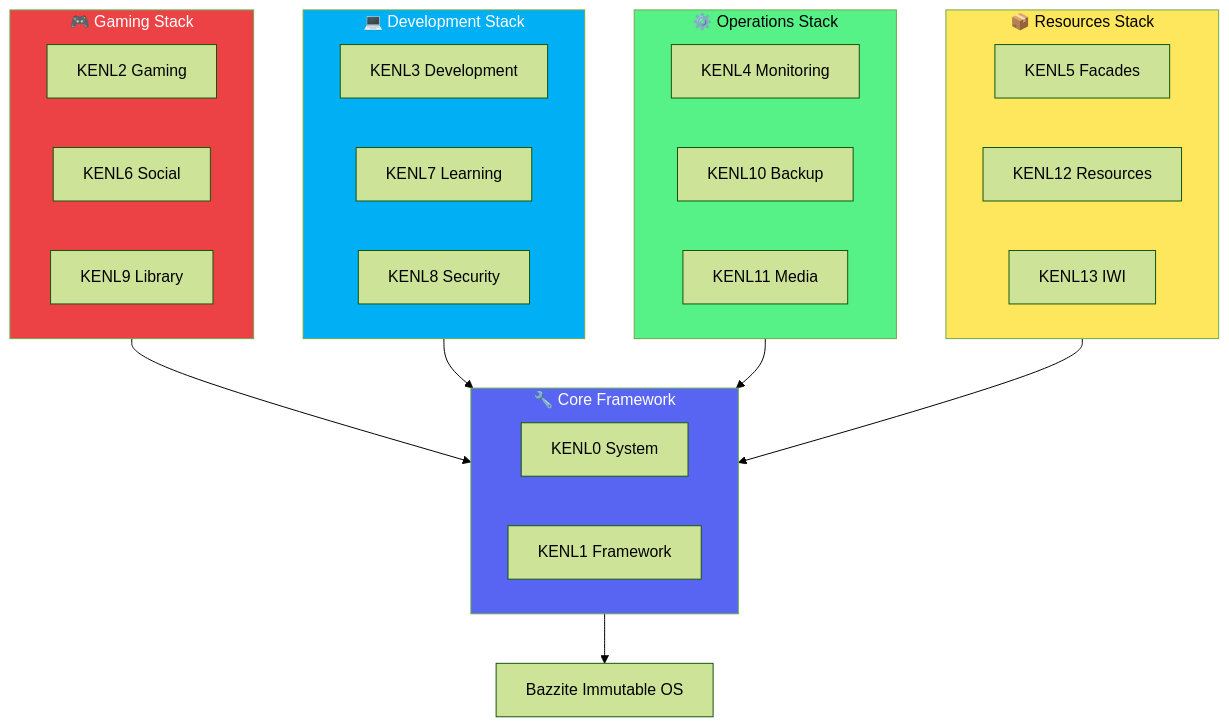
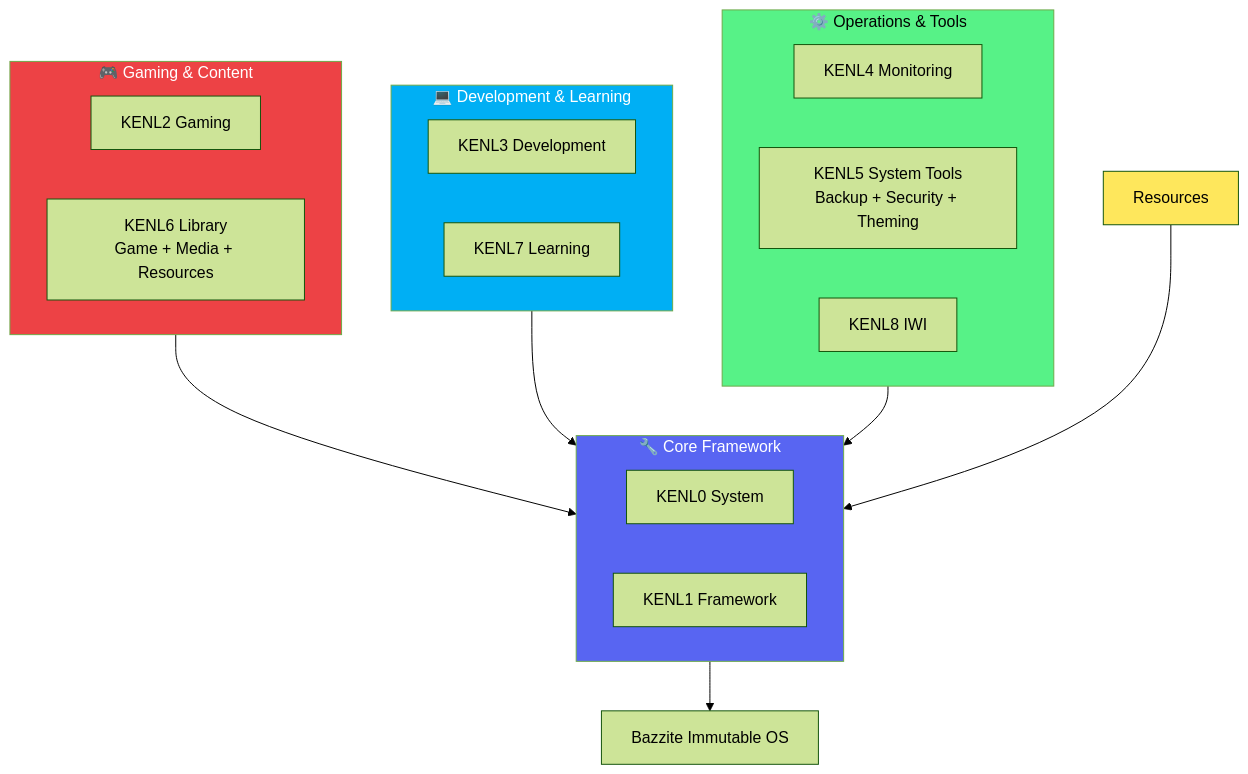
The second of 3 diagrams in README.md (toolate28/kenl), drawn with Mermaid (forest theme) before and after one commit. The commit also changed other lines of this file and 1 other file, not shown here.

````diff
--- a/README.md
+++ b/README.md
@@ -169,44 +173,36 @@
 ```mermaid
 graph TB
-    subgraph Gaming["🎮 Gaming Stack"]
+    subgraph Gaming["🎮 Gaming & Content"]
         KENL2[KENL2 Gaming]
-        KENL6[KENL6 Social]
-        KENL9[KENL9 Library]
+        KENL6[KENL6 Library<br/>Game + Media + Resources]
     end
 
-    subgraph Development["💻 Development Stack"]
+    subgraph Development["💻 Development & Learning"]
         KENL3[KENL3 Development]
         KENL7[KENL7 Learning]
-        KENL8[KENL8 Security]
     end
 
-    subgraph Operations["⚙️ Operations Stack"]
+    subgraph Operations["⚙️ Operations & Tools"]
         KENL4[KENL4 Monitoring]
-        KENL10[KENL10 Backup]
-        KENL11[KENL11 Media]
-    end
-
-    subgraph Resources["📦 Resources Stack"]
-        KENL5[KENL5 Facades]
-        KENL12[KENL12 Resources]
-        KENL13[KENL13 IWI]
+        KENL5[KENL5 System Tools<br/>Backup + Security + Theming]
+        KENL8[KENL8 IWI]
     end
 
     subgraph Core["🔧 Core Framework"]
         KENL0[KENL0 System]
         KENL1[KENL1 Framework]
     end
 
     Gaming --> Core
     Development --> Core
     Operations --> Core
     Resources --> Core
 
     Core --> Immutable[Bazzite Immutable OS]
 
     style Core fill:#5865F2,color:#fff
     style Gaming fill:#ED4245,color:#fff
     style Development fill:#00AFF4,color:#fff
     style Operations fill:#57F287,color:#000
     style Resources fill:#FEE75C,color:#000
 ```
````
